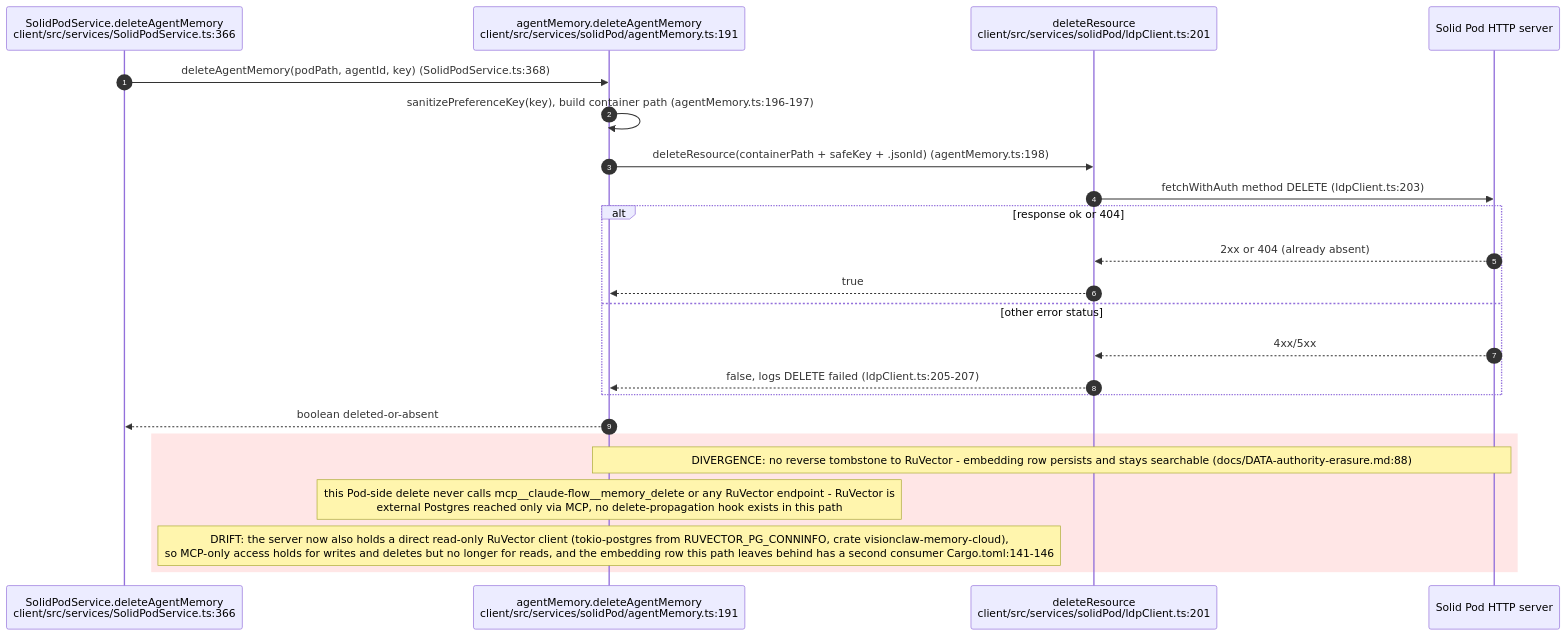
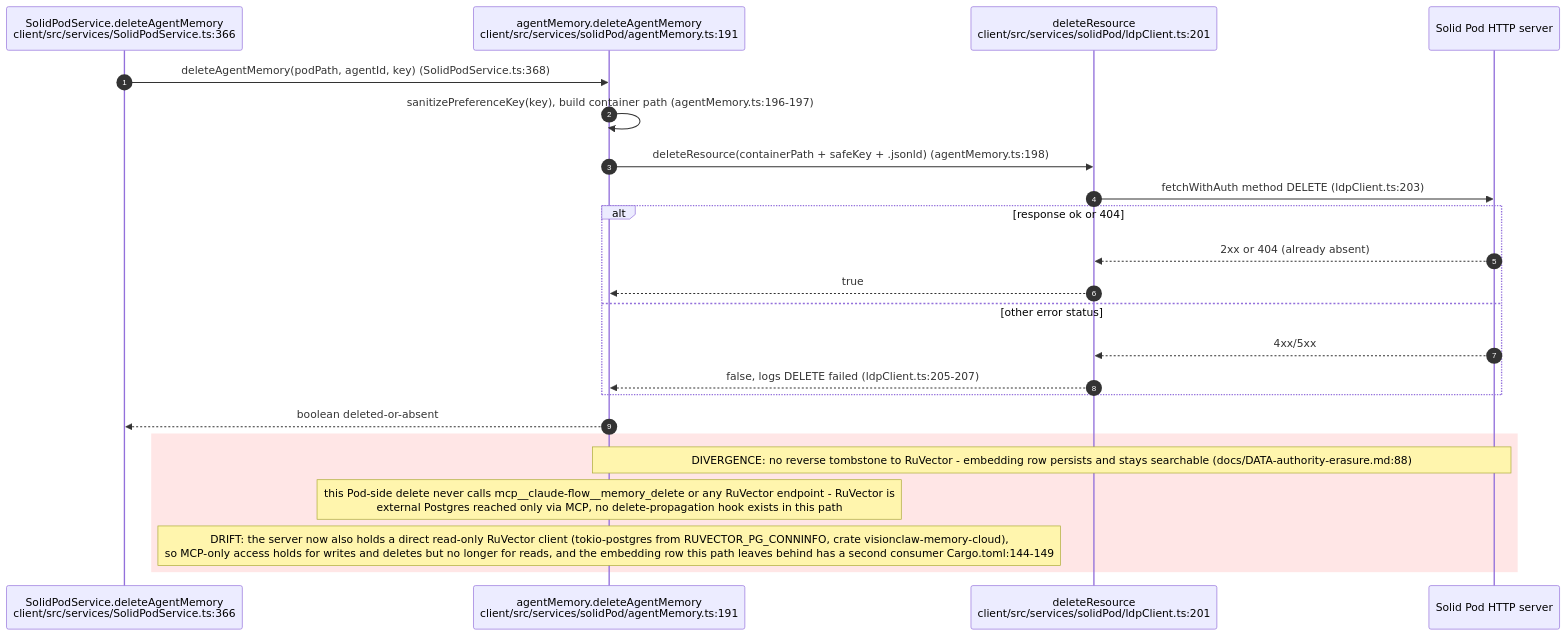
One commit to DreamLab-AI/VisionFlow changed the sixth of 13 diagrams in docs/diagrams/visionclaw/22-data-authority-provenance-erasure.md. Above: the diagram before and after it, drawn with Mermaid. The commit also changed other lines of this file and 56 other files, not shown here.

First line of the commit message:
docs(diagrams): re-verify VisionClaw topics at ec785afa9, add VC-19/56/57 and the VisionClaw register

````diff
--- a/docs/diagrams/visionclaw/22-data-authority-provenance-erasure.md
+++ b/docs/diagrams/visionclaw/22-data-authority-provenance-erasure.md
@@ -298,26 +310,26 @@
 ```mermaid
 sequenceDiagram
     autonumber
     participant UI as SolidPodService.deleteAgentMemory<br/>client/src/services/SolidPodService.ts:366
     participant MEM as agentMemory.deleteAgentMemory<br/>client/src/services/solidPod/agentMemory.ts:191
     participant LDP as deleteResource<br/>client/src/services/solidPod/ldpClient.ts:201
     participant POD as Solid Pod HTTP server
 
     UI->>MEM: deleteAgentMemory(podPath, agentId, key) (SolidPodService.ts:368)
     MEM->>MEM: sanitizePreferenceKey(key), build container path (agentMemory.ts:196-197)
     MEM->>LDP: deleteResource(containerPath + safeKey + .jsonld) (agentMemory.ts:198)
     LDP->>POD: fetchWithAuth method DELETE (ldpClient.ts:203)
     alt response ok or 404
         POD-->>LDP: 2xx or 404 (already absent)
         LDP-->>MEM: true
     else other error status
         POD-->>LDP: 4xx/5xx
         LDP-->>MEM: false, logs DELETE failed (ldpClient.ts:205-207)
     end
     MEM-->>UI: boolean deleted-or-absent
     rect rgb(255, 230, 230)
         Note over MEM,POD: DIVERGENCE: no reverse tombstone to RuVector - embedding row persists and stays searchable (docs/DATA-authority-erasure.md:88)
         Note over MEM: this Pod-side delete never calls mcp__claude-flow__memory_delete or any RuVector endpoint - RuVector is<br/>external Postgres reached only via MCP, no delete-propagation hook exists in this path
-        Note over MEM: DRIFT: the server now also holds a direct read-only RuVector client (tokio-postgres from RUVECTOR_PG_CONNINFO, crate visionclaw-memory-cloud),<br/>so MCP-only access holds for writes and deletes but no longer for reads, and the embedding row this path leaves behind has a second consumer Cargo.toml:141-146
+        Note over MEM: DRIFT: the server now also holds a direct read-only RuVector client (tokio-postgres from RUVECTOR_PG_CONNINFO, crate visionclaw-memory-cloud),<br/>so MCP-only access holds for writes and deletes but no longer for reads, and the embedding row this path leaves behind has a second consumer Cargo.toml:144-149
     end
 ```
````
